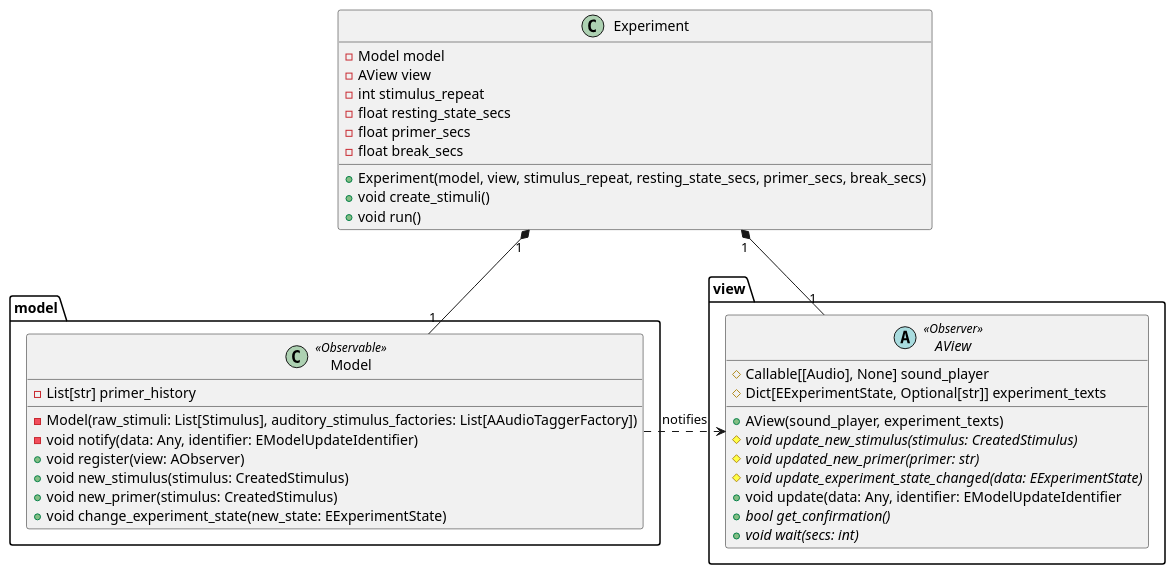
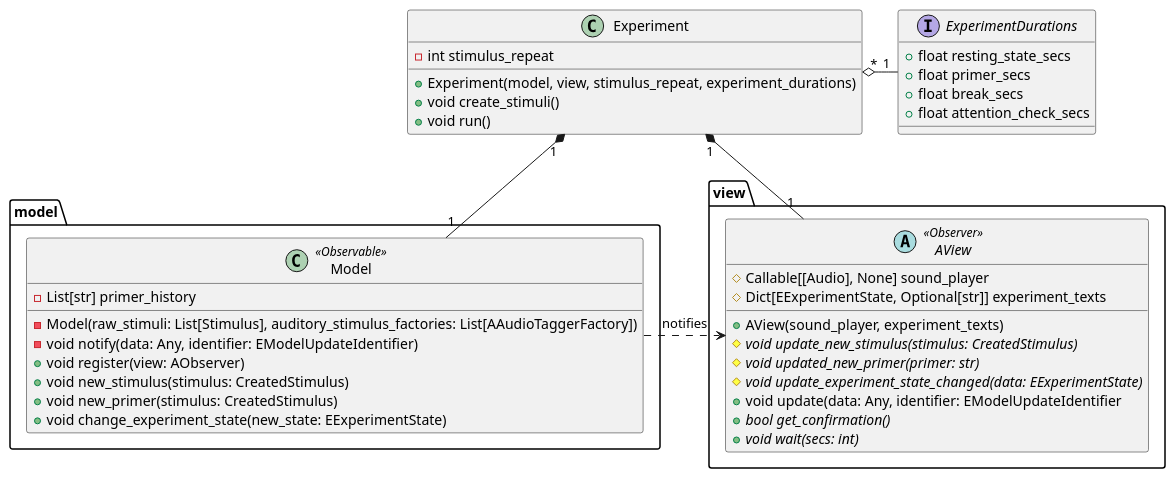
The diagram in diagrams/plantuml/class/experiment_class.puml (michalrzak/auditory-intention-decoding), drawn with PlantUML before and after one commit. The commit also changed 22 other files, not shown here.

First line of the commit message:
108 add attention check (#111)

```diff
--- a/diagrams/plantuml/class/experiment_class.puml
+++ b/diagrams/plantuml/class/experiment_class.puml
@@ -1,48 +1,52 @@
 @startuml
 
 package model {
     class Model <<Observable>>{
         -List[str] primer_history
 
         -Model(raw_stimuli: List[Stimulus], auditory_stimulus_factories: List[AAudioTaggerFactory])
         -void notify(data: Any, identifier: EModelUpdateIdentifier)
         +void register(view: AObserver)
         +void new_stimulus(stimulus: CreatedStimulus)
         +void new_primer(stimulus: CreatedStimulus)
         +void change_experiment_state(new_state: EExperimentState)
     }
 
 }
 
 package view {
     abstract class AView<<Observer>> {
         #Callable[[Audio], None] sound_player
         #Dict[EExperimentState, Optional[str]] experiment_texts
 
         +AView(sound_player, experiment_texts)
         #void {abstract} update_new_stimulus(stimulus: CreatedStimulus)
         #void {abstract} updated_new_primer(primer: str)
         #void {abstract} update_experiment_state_changed(data: EExperimentState)
         +void update(data: Any, identifier: EModelUpdateIdentifier
         +bool {abstract} get_confirmation()
         +void {abstract} wait(secs: int)
     }
 }
 
+interface ExperimentDurations {
+    +float resting_state_secs
+    +float primer_secs
+    +float break_secs
+    +float attention_check_secs
+
+}
+
 class Experiment {
-    -Model model
-    -AView view
     -int stimulus_repeat
-    -float resting_state_secs
-    -float primer_secs
-    -float break_secs
 
-    +Experiment(model, view, stimulus_repeat, resting_state_secs, primer_secs, break_secs)
+    +Experiment(model, view, stimulus_repeat, experiment_durations)
     +void create_stimuli()
     +void run()
 }
+Experiment "*" o-r- "1" ExperimentDurations
 Experiment "1" *-- "1" Model
 Experiment "1" *-- "1" AView
 
 Model .r.> AView: notifies
 @enduml
```
